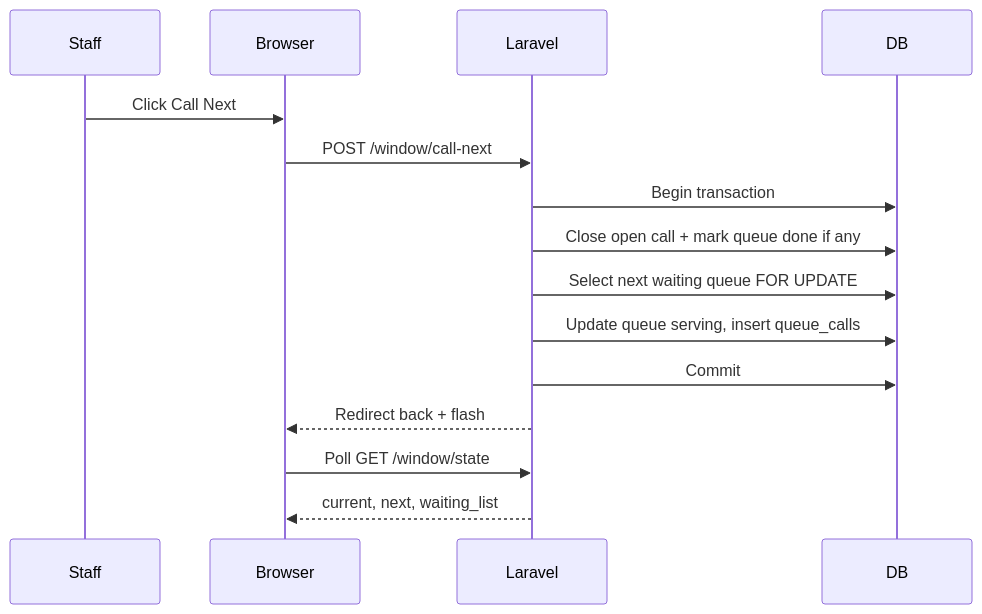
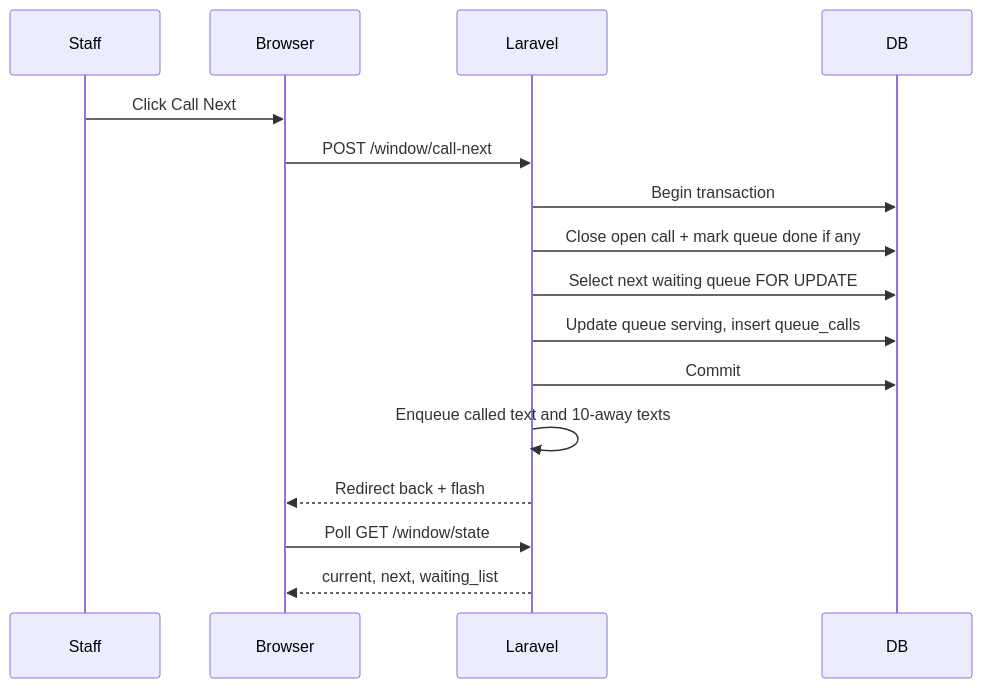
One commit to rhems95/queuing-system changed the seventh of 12 diagrams in docs/system-flowchart.md. Above: the diagram before and after it, drawn with Mermaid. The commit also changed other lines of this file and 76 other files, not shown here.

````diff
--- a/docs/system-flowchart.md
+++ b/docs/system-flowchart.md
@@ -247,18 +251,19 @@
 ```mermaid
 sequenceDiagram
     participant Staff
     participant Browser
     participant Laravel
     participant DB
 
     Staff->>Browser: Click Call Next
     Browser->>Laravel: POST /window/call-next
     Laravel->>DB: Begin transaction
     Laravel->>DB: Close open call + mark queue done if any
     Laravel->>DB: Select next waiting queue FOR UPDATE
     Laravel->>DB: Update queue serving, insert queue_calls
     Laravel->>DB: Commit
+    Laravel->>Laravel: Enqueue called text and 10-away texts
     Laravel-->>Browser: Redirect back + flash
     Browser->>Laravel: Poll GET /window/state
     Laravel-->>Browser: current, next, waiting_list
 ```
````
